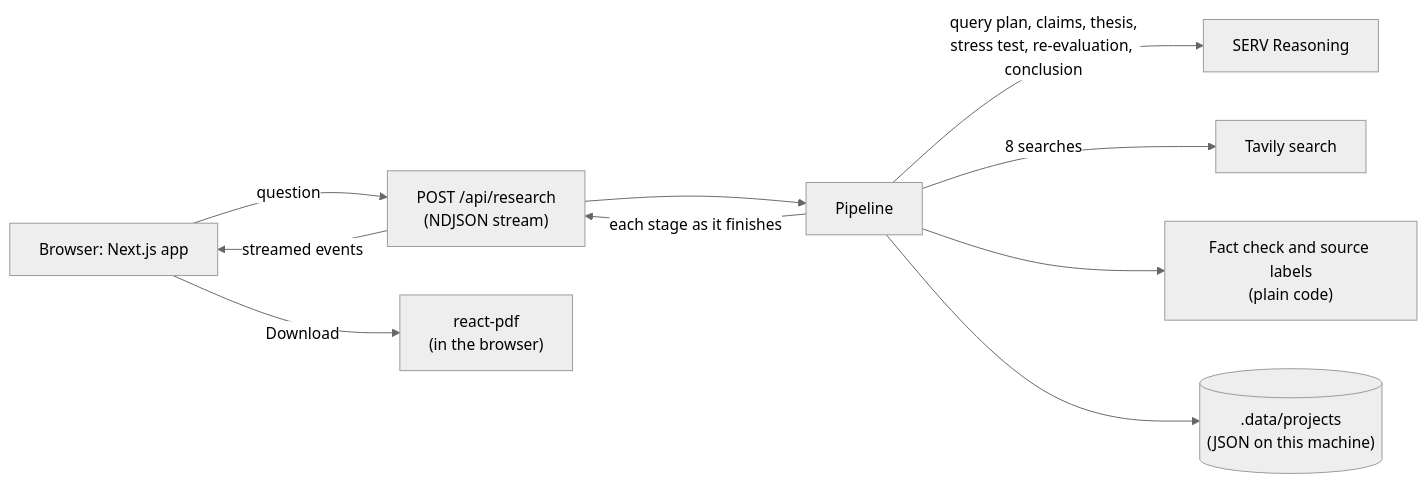
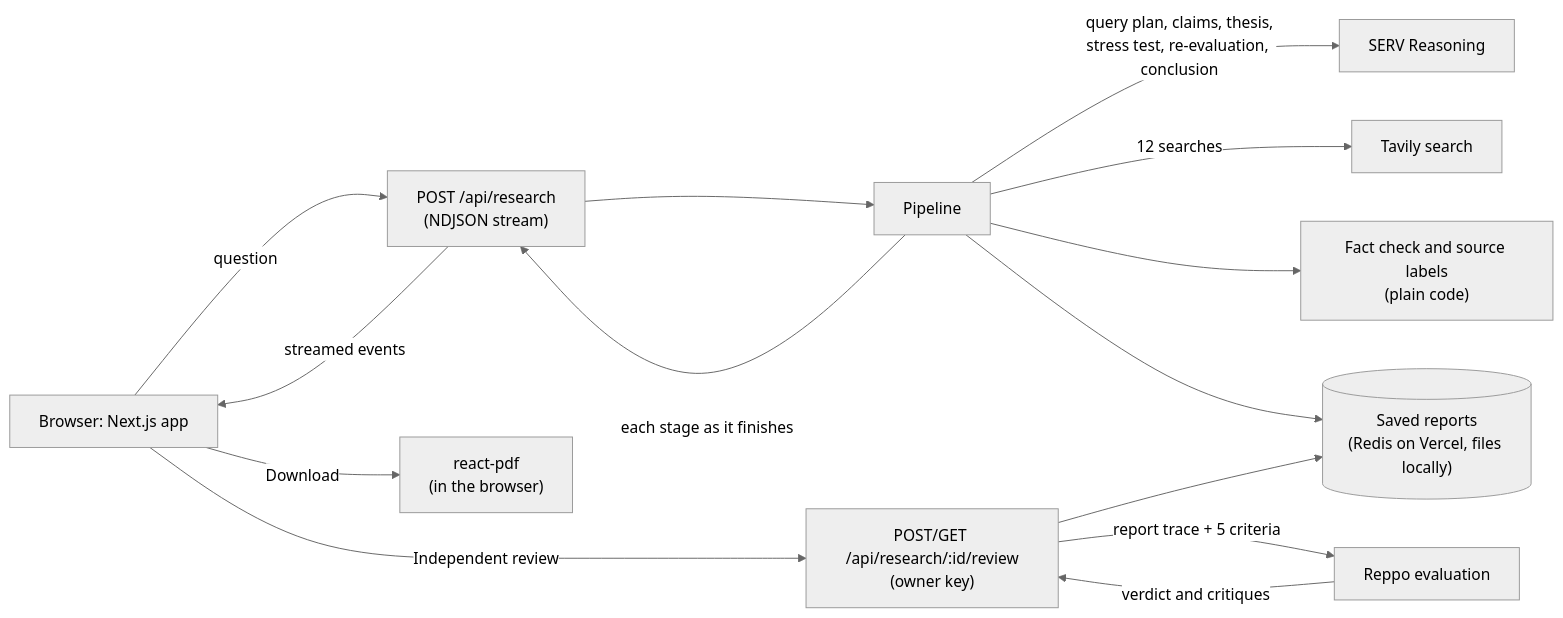
One commit to Mhiah/crux changed the diagram in README.md. Above: the diagram before and after it, drawn with Mermaid (neutral theme). The commit also changed other lines of this file, not shown here.

First line of the commit message:
docs: rewrite the README as Crux with Reppo (Season 2)

````diff
--- a/README.md
+++ b/README.md
@@ -121,21 +178,27 @@
 ```mermaid
 flowchart LR
   Browser[Browser: Next.js app]
   API["POST /api/research<br/>(NDJSON stream)"]
   Pipeline[Pipeline]
   Tavily[Tavily search]
   SERV[SERV Reasoning]
   Check["Fact check and source labels<br/>(plain code)"]
-  Store[(".data/projects<br/>(JSON on this machine)")]
+  Store[("Saved reports<br/>(Redis on Vercel, files locally)")]
+  Review["POST/GET /api/research/:id/review<br/>(owner key)"]
+  Reppo[Reppo evaluation]
   PDF["react-pdf<br/>(in the browser)"]
 
   Browser -->|question| API
   API --> Pipeline
   Pipeline -->|query plan, claims, thesis,<br/>stress test, re-evaluation, conclusion| SERV
-  Pipeline -->|8 searches| Tavily
+  Pipeline -->|12 searches| Tavily
   Pipeline --> Check
   Pipeline -->|each stage as it finishes| API
   API -->|streamed events| Browser
   Pipeline --> Store
+  Browser -->|Independent review| Review
+  Review -->|report trace + 5 criteria| Reppo
+  Reppo -->|verdict and critiques| Review
+  Review --> Store
   Browser -->|Download| PDF
 ```
````
